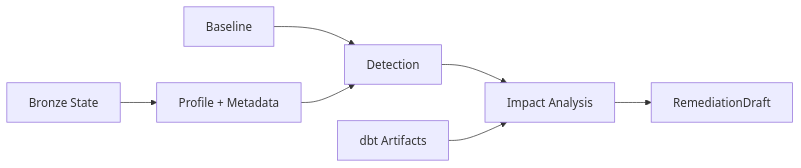
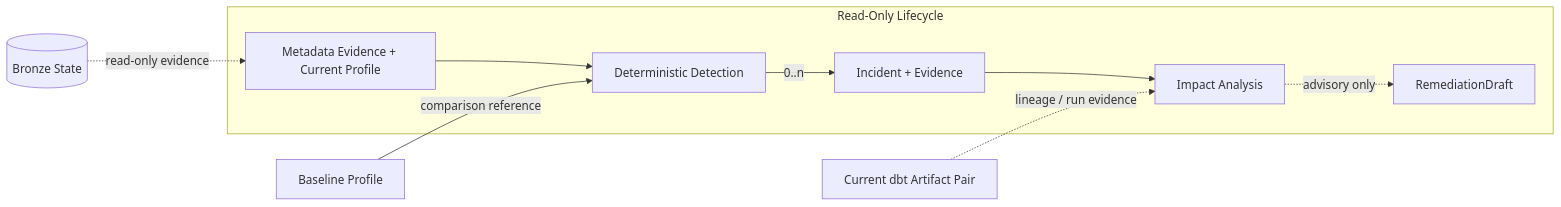
Before and after one commit to mols3131d/hmda-data-reliability: the first of 2 diagrams in docs/domains/reliability.md, drawn with Mermaid. The commit also changed other lines of this file and 3 other files, not shown here.

Commit message:
docs: upgrade Mermaid diagrams across docs (#116)

````diff
--- a/docs/domains/reliability.md
+++ b/docs/domains/reliability.md
@@ -21,9 +21,16 @@
 ```mermaid
 flowchart LR
-    raw["Bronze State"] --> profile["Profile + Metadata"]
-    baseline["Baseline"] --> detection["Detection"]
-    profile --> detection
-    detection --> impact["Impact Analysis"]
-    artifacts["dbt Artifacts"] --> impact
-    impact --> draft["RemediationDraft"]
+    raw[("Bronze State")]
+    baseline["Baseline Profile"]
+    artifacts["Current dbt Artifact Pair"]
+
+    subgraph lifecycle ["Read-Only Lifecycle"]
+        evidence["Metadata Evidence + Current Profile"] --> detection["Deterministic Detection"]
+        detection -->|0..n| incident["Incident + Evidence"] --> impact["Impact Analysis"]
+        impact -.->|advisory only| draft["RemediationDraft"]
+    end
+
+    raw -.->|read-only evidence| evidence
+    baseline -->|comparison reference| detection
+    artifacts -.->|lineage / run evidence| impact
 ```
````
